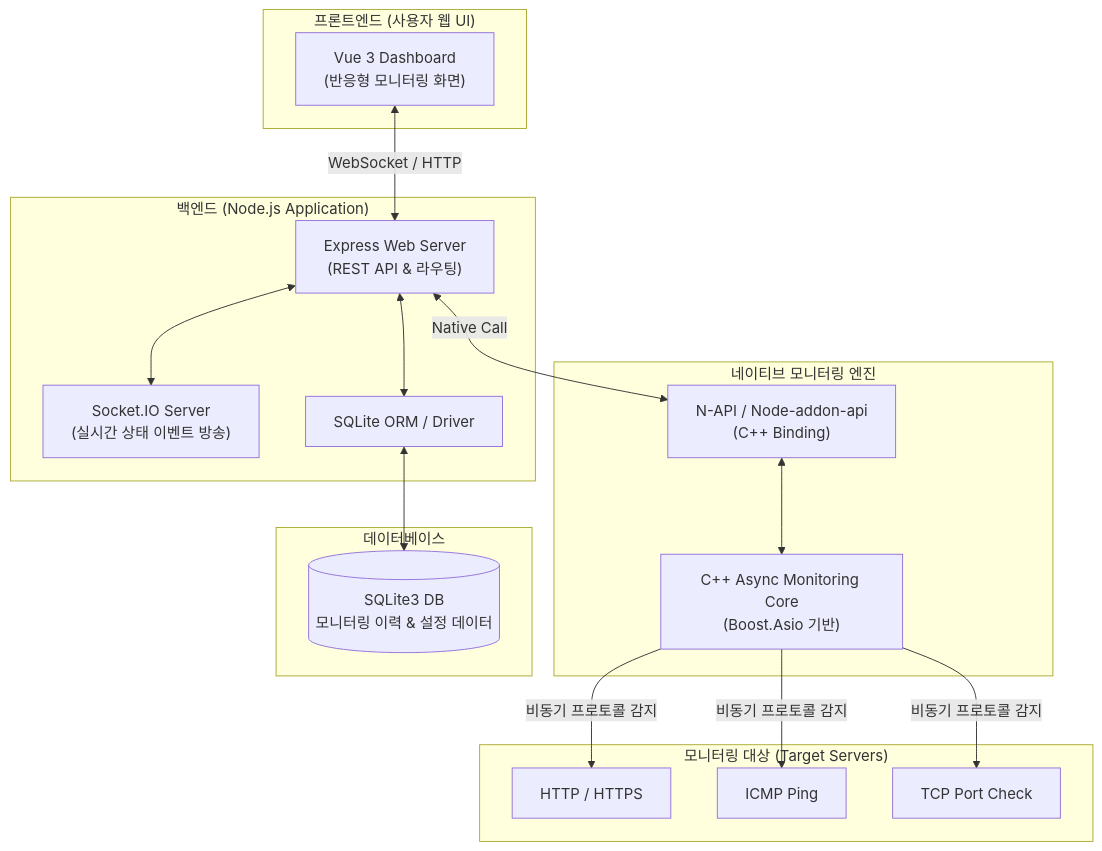
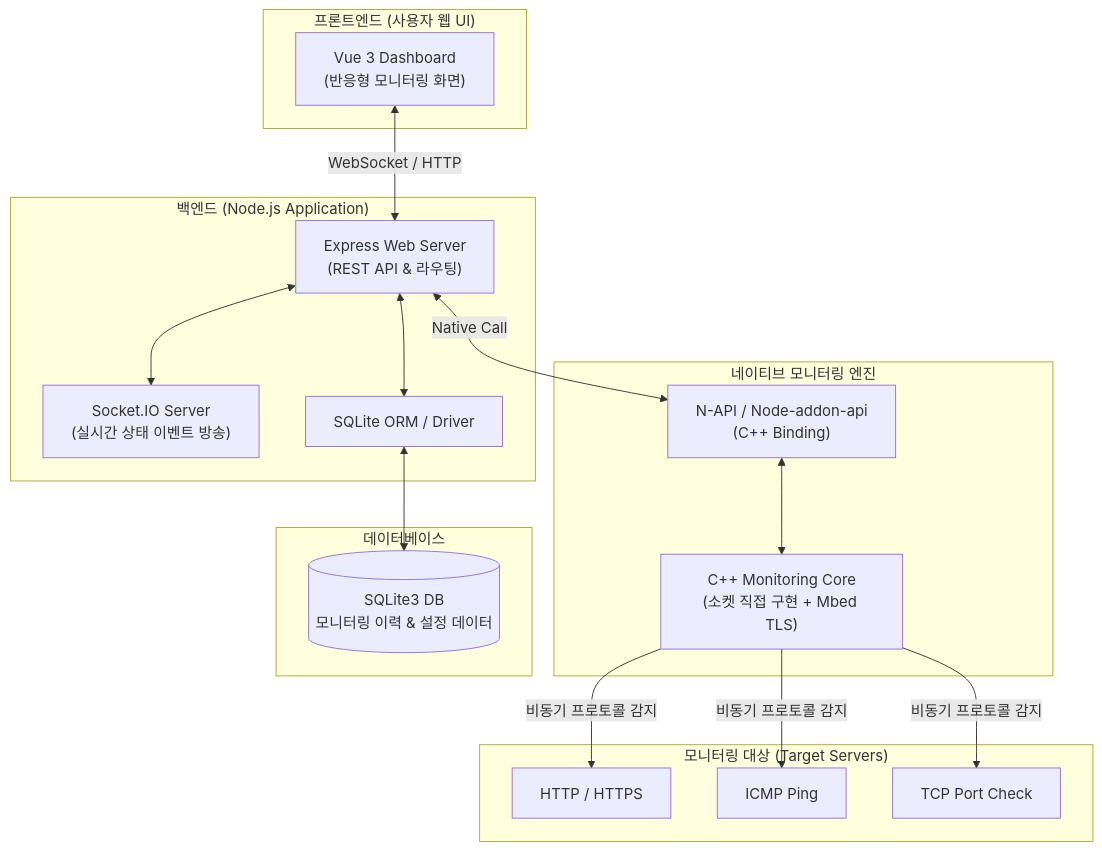
One commit to Nutthoo/opensource_project changed the diagram in README.md. Above: the diagram before and after it, drawn with Mermaid. The commit also changed other lines of this file and 5 other files, not shown here.

````diff
--- a/README.md
+++ b/README.md
@@ -1,33 +1,33 @@
 ```mermaid
 flowchart TD
     subgraph Client ["프론트엔드 (사용자 웹 UI)"]
         UI["Vue 3 Dashboard<br/>(반응형 모니터링 화면)"]
     end
 
     subgraph Backend ["백엔드 (Node.js Application)"]
         Server["Express Web Server<br/>(REST API & 라우팅)"]
         Socket["Socket.IO Server<br/>(실시간 상태 이벤트 방송)"]
         DB_Adapter["SQLite ORM / Driver"]
     end
 
     subgraph Native Engine ["네이티브 모니터링 엔진"]
         NAPI["N-API / Node-addon-api<br/>(C++ Binding)"]
-        Engine["C++ Async Monitoring Core<br/>(Boost.Asio 기반)"]
+        Engine["C++ Monitoring Core<br/>(소켓 직접 구현 + Mbed TLS)"]
     end
 
     subgraph Database ["데이터베이스"]
         DB[(SQLite3 DB<br/>모니터링 이력 & 설정 데이터)]
     end
 
     subgraph Target ["모니터링 대상 (Target Servers)"]
         Target1["HTTP / HTTPS"]
         Target2["ICMP Ping"]
         Target3["TCP Port Check"]
     end
 
     UI <-->|WebSocket / HTTP| Server
     Server <--> Socket
     Server <--> DB_Adapter <--> DB
     Server <-->|Native Call| NAPI <--> Engine
     Engine -->|비동기 프로토콜 감지| Target1 & Target2 & Target3
 ```
````
